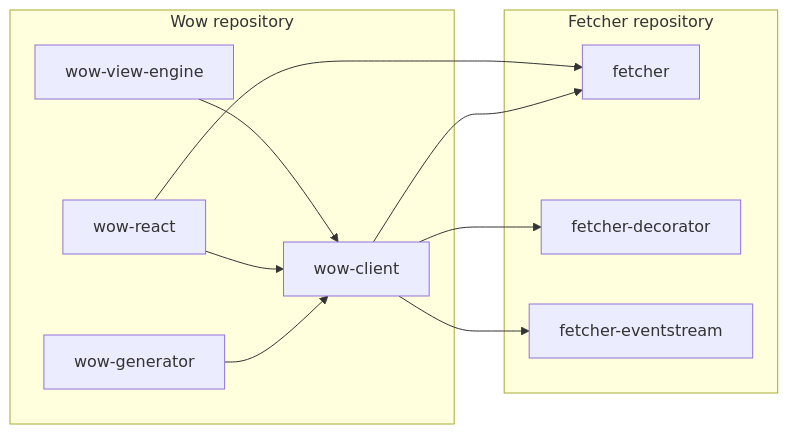
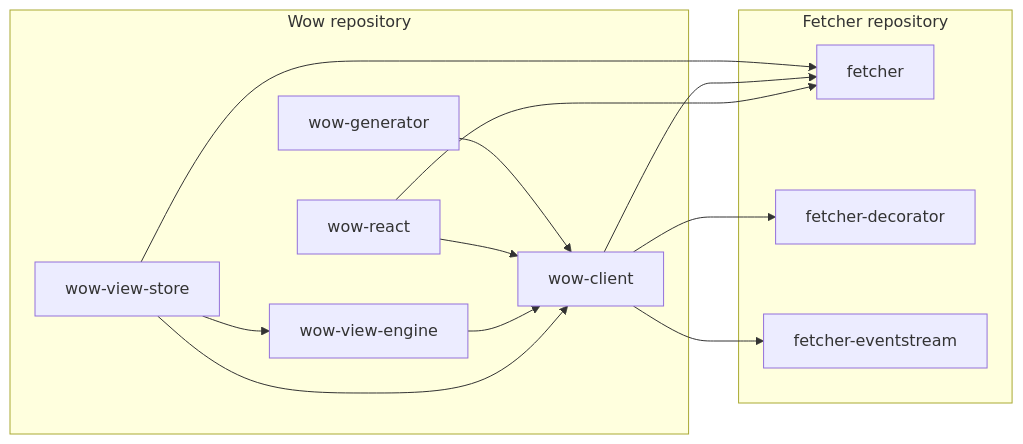
One commit to Ahoo-Wang/Wow changed the diagram in documentation/docs/en/guide/typescript/index.md. Above: the diagram before and after it, drawn with Mermaid. The commit also changed other lines of this file and 46 other files, not shown here.

````diff
--- a/documentation/docs/en/guide/typescript/index.md
+++ b/documentation/docs/en/guide/typescript/index.md
@@ -30,21 +30,25 @@
 ```mermaid
 flowchart LR
     subgraph Wow["Wow repository"]
         Client["wow-client"]
         Generator["wow-generator"]
         React["wow-react"]
         Engine["wow-view-engine"]
+        Store["wow-view-store"]
     end
     subgraph Fetcher["Fetcher repository"]
         Core["fetcher"]
         Decorator["fetcher-decorator"]
         EventStream["fetcher-eventstream"]
     end
     Generator --> Client
     React --> Client
     Engine --> Client
+    Store --> Engine
+    Store --> Client
+    Store --> Core
     Client --> Core
     Client --> Decorator
     Client --> EventStream
     React --> Core
 ```
````
